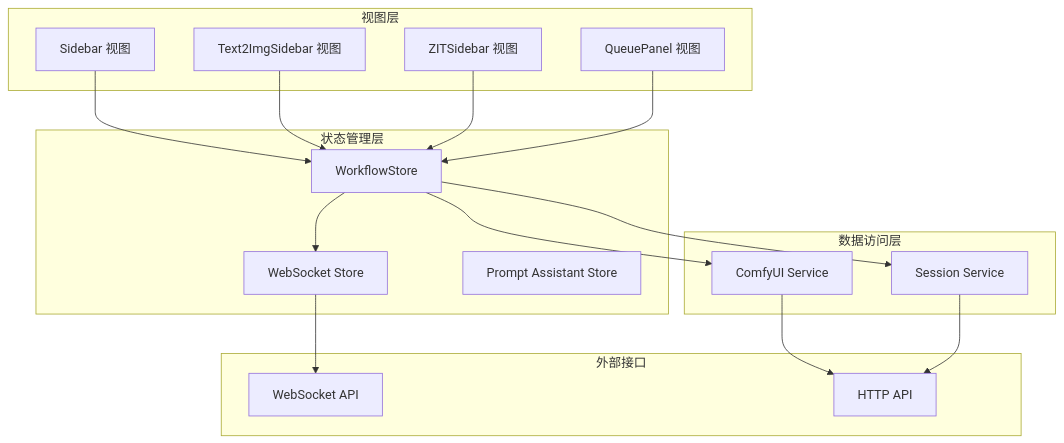
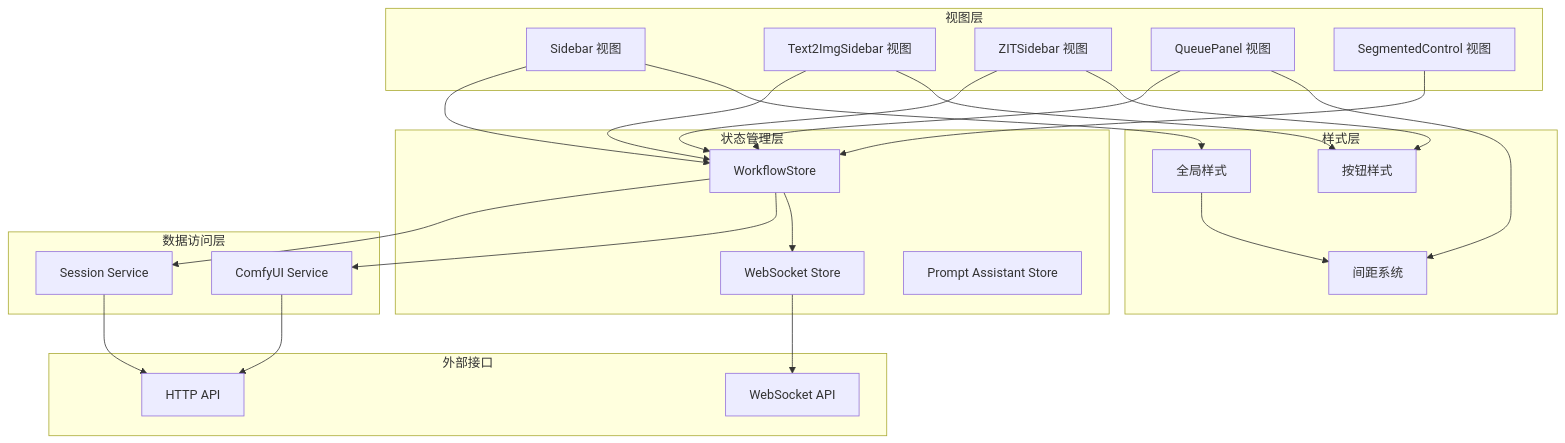
Before and after one commit to billye220670/CorineKit_Pix2Real: the second of 5 diagrams in .qoder/repowiki/zh/content/用户界面组件/控制面板组件/控制面板组件.md, drawn with Mermaid. The commit also changed other lines of this file and 49 other files, not shown here.

````diff
--- a/.qoder/repowiki/zh/content/用户界面组件/控制面板组件/控制面板组件.md
+++ b/.qoder/repowiki/zh/content/用户界面组件/控制面板组件/控制面板组件.md
@@ -107,32 +128,44 @@
 ```mermaid
 graph TB
 subgraph "视图层"
 SidebarView[Sidebar 视图]
 Text2ImgView[Text2ImgSidebar 视图]
 ZITView[ZITSidebar 视图]
 QueueView[QueuePanel 视图]
+SegmentedControlView[SegmentedControl 视图]
+end
+subgraph "样式层"
+GlobalStyles[全局样式]
+SpacingSystem[间距系统]
+ButtonStyles[按钮样式]
 end
 subgraph "状态管理层"
 WorkflowStore[WorkflowStore]
 WebSocketStore[WebSocket Store]
 PromptAssistantStore[Prompt Assistant Store]
 end
 subgraph "数据访问层"
 SessionService[Session Service]
 ComfyUIService[ComfyUI Service]
 end
 subgraph "外部接口"
 WebSocketAPI[WebSocket API]
 HTTPAPI[HTTP API]
 end
 SidebarView --> WorkflowStore
 Text2ImgView --> WorkflowStore
 ZITView --> WorkflowStore
 QueueView --> WorkflowStore
+SegmentedControlView --> WorkflowStore
+SidebarView --> GlobalStyles
+Text2ImgView --> ButtonStyles
+ZITView --> ButtonStyles
+QueueView --> SpacingSystem
+GlobalStyles --> SpacingSystem
 WorkflowStore --> SessionService
 WorkflowStore --> ComfyUIService
 WebSocketStore --> WebSocketAPI
 WorkflowStore --> WebSocketStore
 ComfyUIService --> HTTPAPI
 SessionService --> HTTPAPI
 ```
````
